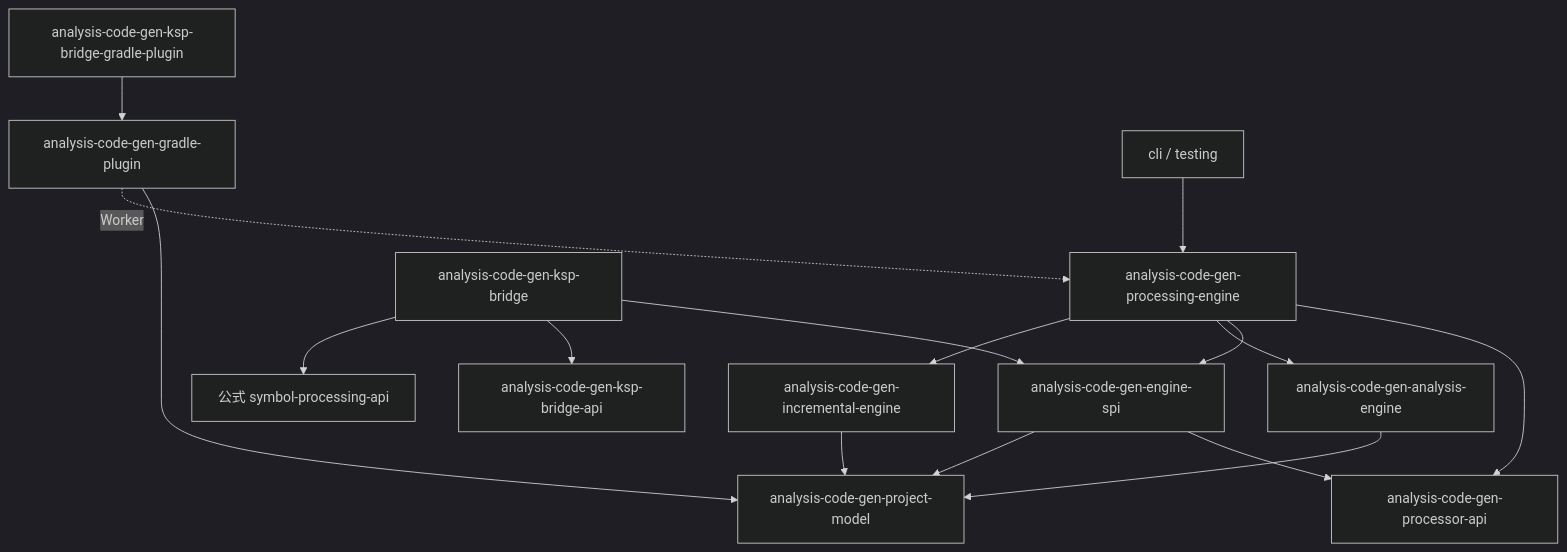
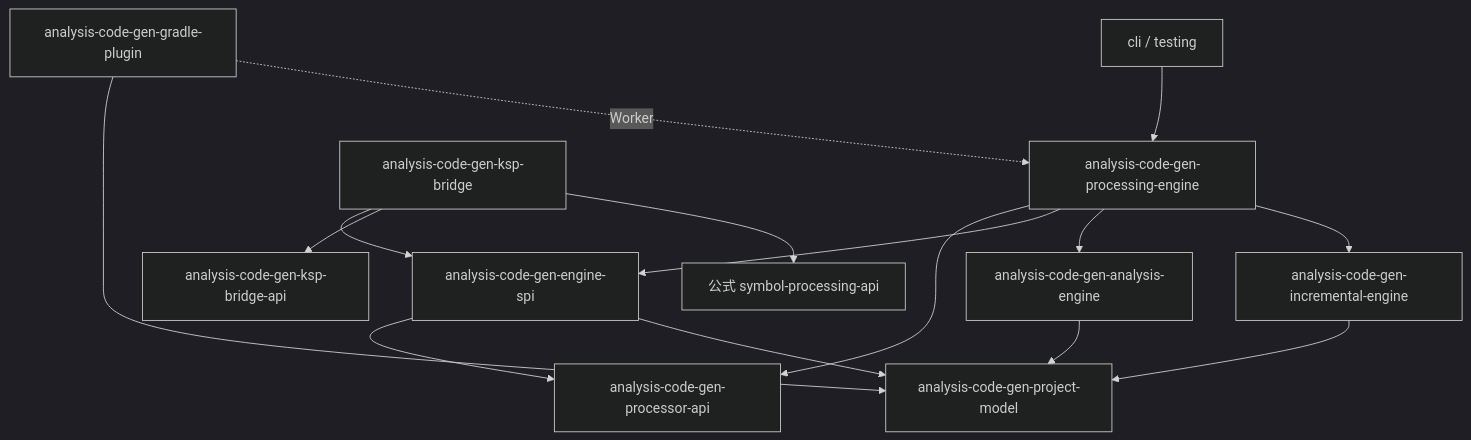
The diagram in docs/site/src/content/docs/internal/modules.mdx (TBSten/analysis-code-gen), drawn with Mermaid (dark theme) before and after one commit. The commit also changed other lines of this file and 24 other files, not shown here.

First line of the commit message:
feat: plugin を me.tbsten.analysis.code.gen の 1 つにし、KSP の Processor があれば Bridge を自動で有効にする [ACG-55]

````diff
--- a/docs/site/src/content/docs/internal/modules.mdx
+++ b/docs/site/src/content/docs/internal/modules.mdx
@@ -37,18 +36,17 @@
 ```mermaid
 flowchart TD
     GP["analysis-code-gen-gradle-plugin"] --> PM["analysis-code-gen-project-model"]
     GP -. "Worker" .-> PE["analysis-code-gen-processing-engine"]
     CLI["cli / testing"] --> PE
     PE --> API["analysis-code-gen-processor-api"]
     PE --> SPI["analysis-code-gen-engine-spi"]
     PE --> AE["analysis-code-gen-analysis-engine"]
     PE --> IE["analysis-code-gen-incremental-engine"]
     SPI --> API
     SPI --> PM
     AE --> PM
     IE --> PM
     BR["analysis-code-gen-ksp-bridge"] --> SPI
     BR --> BAPI["analysis-code-gen-ksp-bridge-api"]
     BR --> KSP["公式 symbol-processing-api"]
-    BGP["analysis-code-gen-ksp-bridge-gradle-plugin"] --> GP
 ```
````
